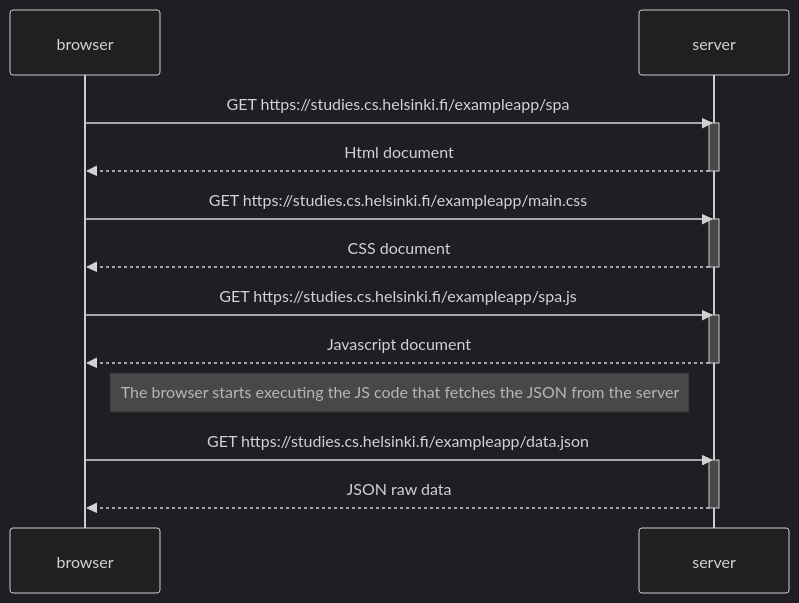
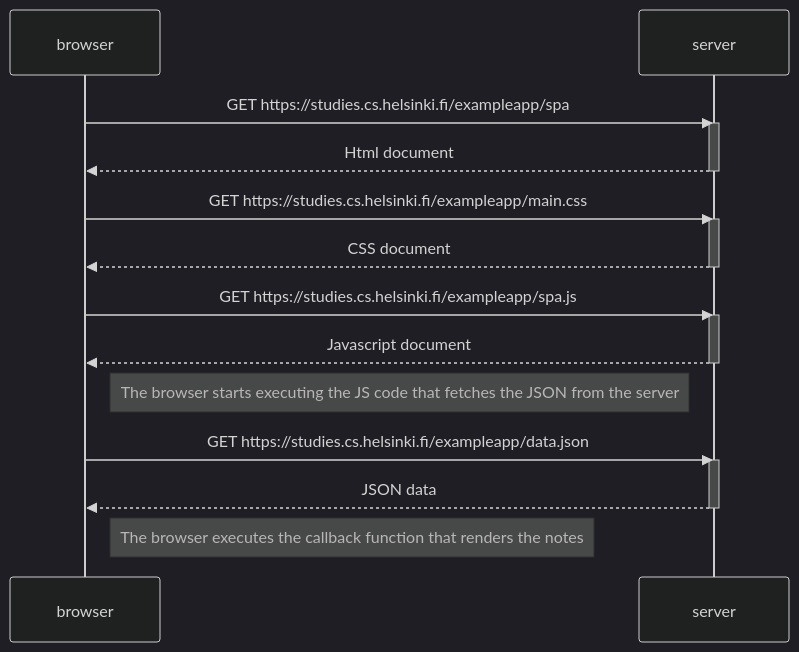
One commit to LMcK1997/Part0 changed the diagram in NoteSPADiagram.md. Above: the diagram before and after it, drawn with Mermaid (dark theme). The commit also changed 2 other files, not shown here.

Commit message:
Added diagram for posting a note on the SPA version

````diff
--- a/NoteSPADiagram.md
+++ b/NoteSPADiagram.md
@@ -1,28 +1,29 @@
 ```mermaid
 sequenceDiagram
     participant browser
     participant server
 
     browser->>server: GET https://studies.cs.helsinki.fi/exampleapp/spa
     activate server
     server-->>browser: Html document
     deactivate server
 
     browser->>server: GET https://studies.cs.helsinki.fi/exampleapp/main.css
     activate server
     server-->>browser: CSS document
     deactivate server
 
     browser->>server: GET https://studies.cs.helsinki.fi/exampleapp/spa.js
     activate server
     server-->>browser: Javascript document
     deactivate server
     Note right of browser: The browser starts executing the JS code that fetches the JSON from the server
 
     
     browser->>server: GET https://studies.cs.helsinki.fi/exampleapp/data.json
     activate server
-    server-->>browser: JSON raw data
+    server-->>browser: JSON data
     deactivate server
+    Note right of browser: The browser executes the callback function that renders the notes
 
 ```
````
